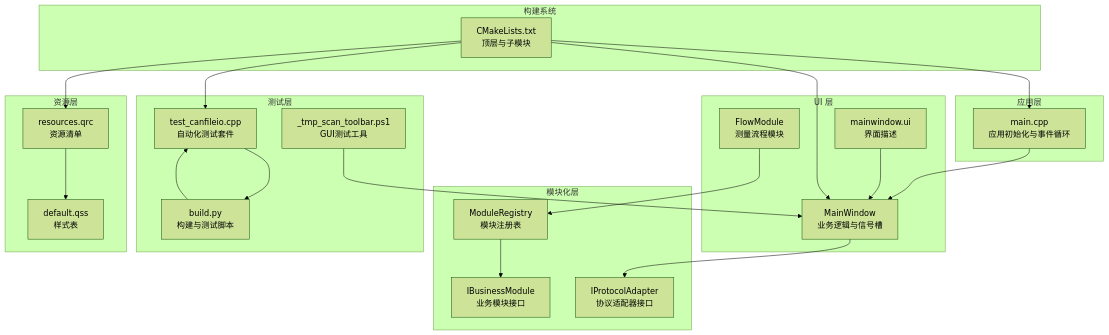
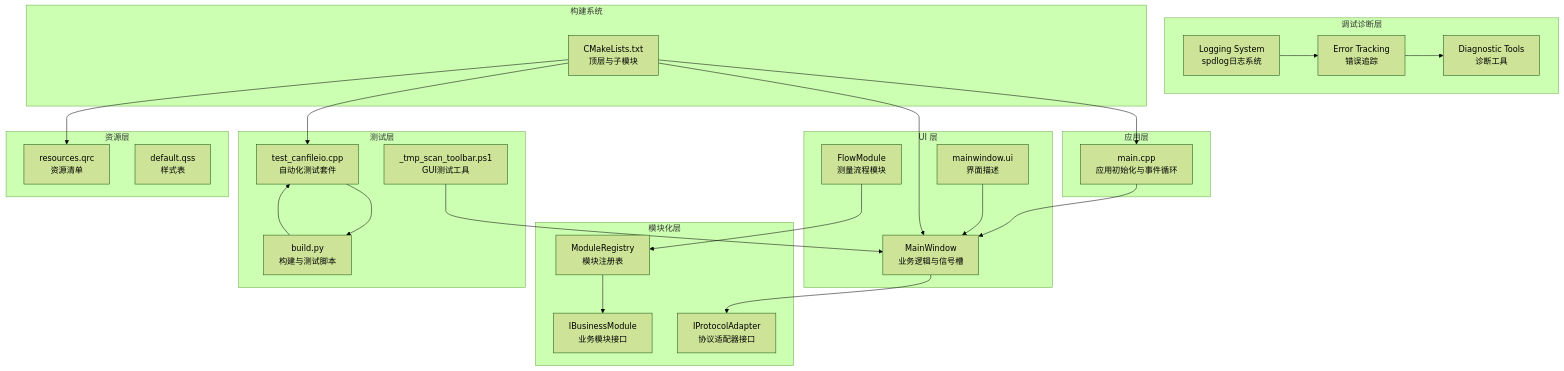
One commit to jakecai1225-design/OpenBus changed the second of 4 diagrams in .qoder/repowiki/zh/content/开发指南/开发指南.md. Above: the diagram before and after it, drawn with Mermaid (forest theme). The commit also changed other lines of this file and 21 other files, not shown here.

````diff
--- a/.qoder/repowiki/zh/content/开发指南/开发指南.md
+++ b/.qoder/repowiki/zh/content/开发指南/开发指南.md
@@ -132,41 +138,47 @@
 ```mermaid
 graph TB
 subgraph "应用层"
 M["main.cpp<br/>应用初始化与事件循环"]
 end
 subgraph "UI 层"
 MW["MainWindow<br/>业务逻辑与信号槽"]
 UIC["mainwindow.ui<br/>界面描述"]
 FM["FlowModule<br/>测量流程模块"]
 end
 subgraph "模块化层"
 MR["ModuleRegistry<br/>模块注册表"]
 IM["IBusinessModule<br/>业务模块接口"]
 PA["IProtocolAdapter<br/>协议适配器接口"]
+end
+subgraph "调试诊断层"
+LOG["Logging System<br/>spdlog日志系统"]
+TRACE["Error Tracking<br/>错误追踪"]
+DIAG["Diagnostic Tools<br/>诊断工具"]
 end
 subgraph "测试层"
 TESTS["test_canfileio.cpp<br/>自动化测试套件"]
 BUILD["build.py<br/>构建与测试脚本"]
 GUI_TEST["_tmp_scan_toolbar.ps1<br/>GUI测试工具"]
 end
 subgraph "资源层"
 QRC["resources.qrc<br/>资源清单"]
 QSS["default.qss<br/>样式表"]
 end
 subgraph "构建系统"
 CMAKE["CMakeLists.txt<br/>顶层与子模块"]
 end
 M --> MW
 UIC --> MW
 FM --> MR
 MR --> IM
 MW --> PA
-QRC --> QSS
+LOG --> TRACE
+TRACE --> DIAG
 TESTS --> BUILD
 GUI_TEST --> MW
 BUILD --> TESTS
 CMAKE --> M
 CMAKE --> MW
 CMAKE --> QRC
 CMAKE --> TESTS
 ```
````
